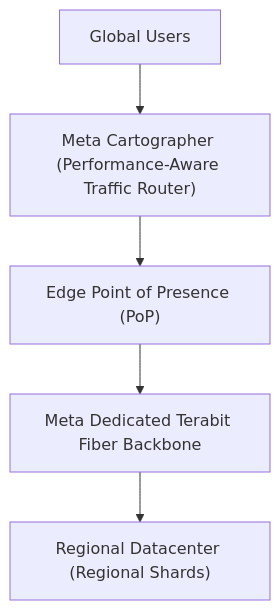
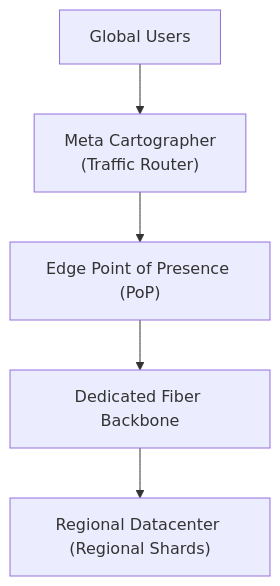
One commit to Sourav108/strivers-lld changed the diagram in strivers-hld/13-Multi-Region-and-Global-Scale/case-study.md. Above: the diagram before and after it, drawn with Mermaid. The commit also changed 39 other files, not shown here.

Commit message:
fix(mermaid): wrap node labels, simplify diamonds, and reformat wide diagrams for perfect GitHub rendering

````diff
--- a/strivers-hld/13-Multi-Region-and-Global-Scale/case-study.md
+++ b/strivers-hld/13-Multi-Region-and-Global-Scale/case-study.md
@@ -7,7 +7,7 @@
 ```mermaid
 flowchart TD
-    Client["Global Users"] --> Cartographer["Meta Cartographer (Performance-Aware Traffic Router)"]
+    Client["Global Users"] --> Cartographer["Meta Cartographer<br/>(Traffic Router)"]
     Cartographer --> PoP["Edge Point of Presence (PoP)"]
-    PoP --> PrivateBackbone["Meta Dedicated Terabit Fiber Backbone"]
+    PoP --> PrivateBackbone["Dedicated Fiber Backbone"]
     PrivateBackbone --> Region["Regional Datacenter (Regional Shards)"]
 ```
````
